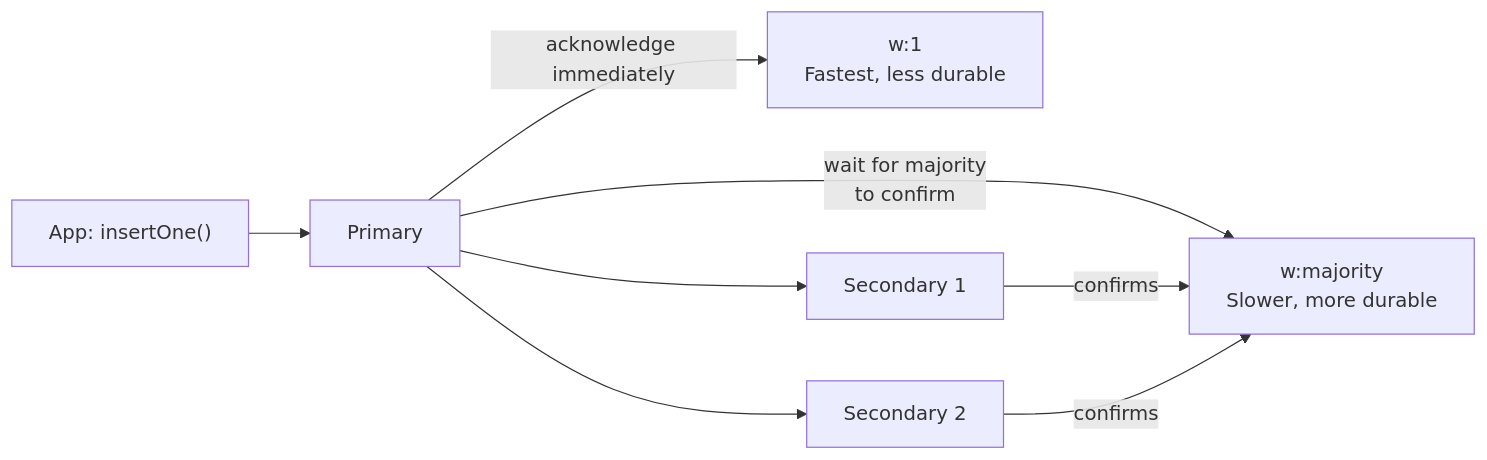
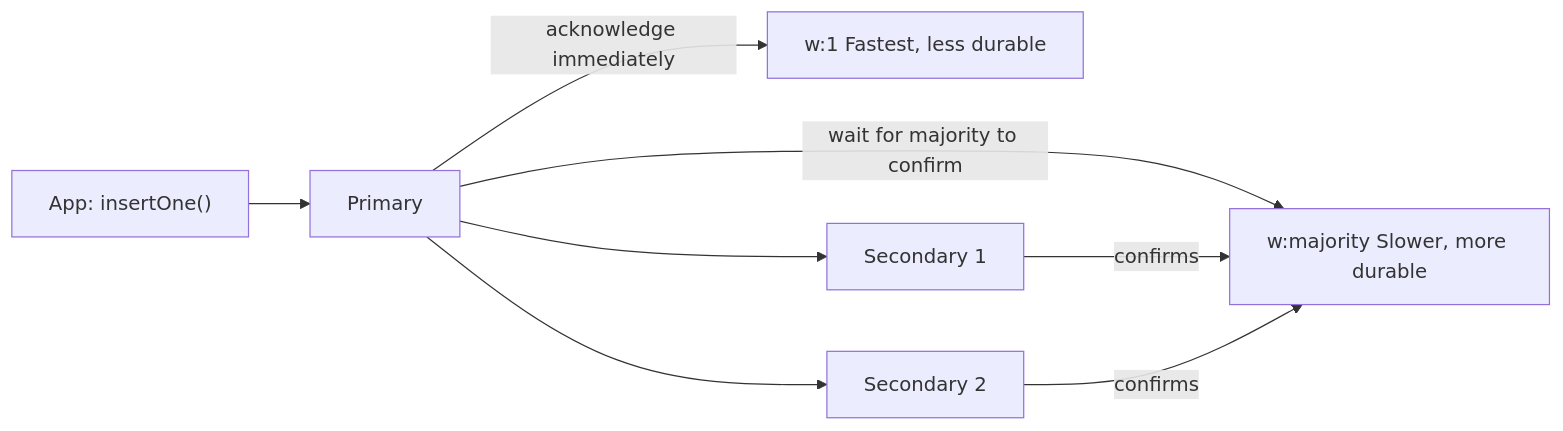
Before and after one commit to afekash/project_shopflow-afek: the third of 5 diagrams in materials/nosql/04-mongodb-replication/01-replica-set-architecture.md, drawn with Mermaid. The commit also changed other lines of this file and 5 other files, not shown here.

````diff
--- a/materials/nosql/04-mongodb-replication/01-replica-set-architecture.md
+++ b/materials/nosql/04-mongodb-replication/01-replica-set-architecture.md
@@ -114,10 +120,10 @@
 ```mermaid
 graph LR
     App["App: insertOne()"] --> Primary
-    Primary -->|"acknowledge immediately"| W1["w:1\nFastest, less durable"]
-    Primary -->|"wait for majority\nto confirm"| WMaj["w:majority\nSlower, more durable"]
+    Primary -->|"acknowledge immediately"| W1["w:1 Fastest, less durable"]
+    Primary -->|"wait for majority to confirm"| WMaj["w:majority Slower, more durable"]
     Primary --> S1["Secondary 1"]
     Primary --> S2["Secondary 2"]
     S1 -->|"confirms"| WMaj
     S2 -->|"confirms"| WMaj
 ```
````
